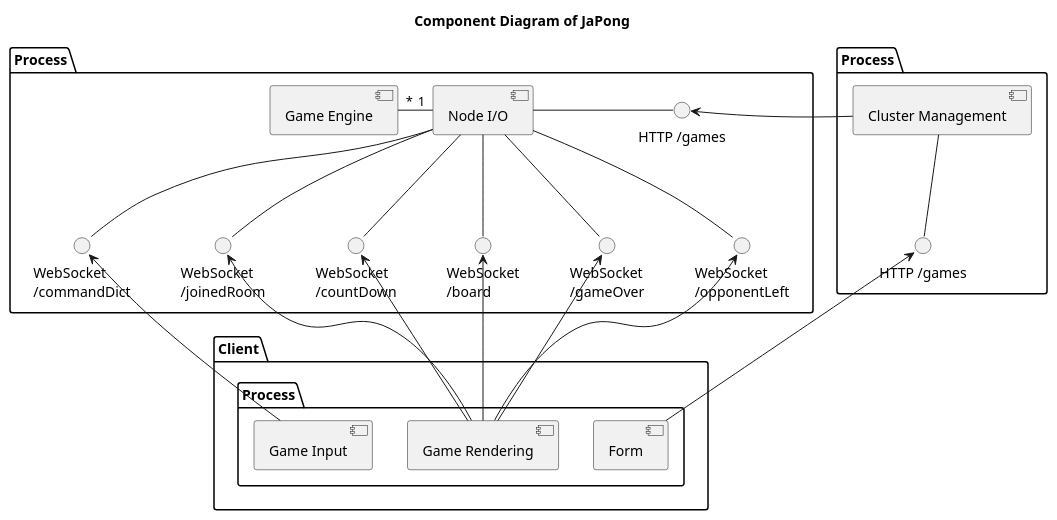
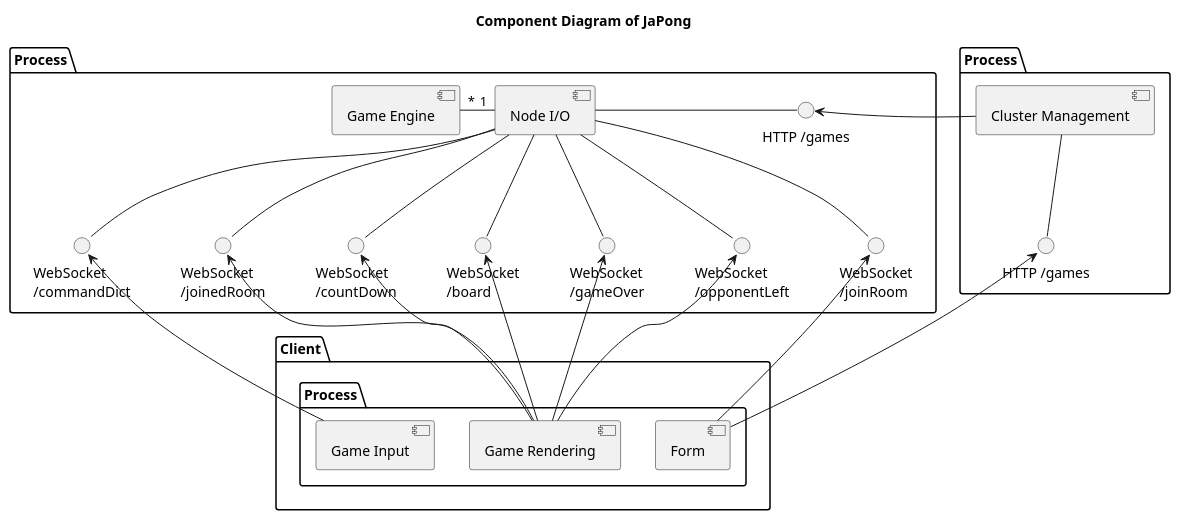
The diagram in uml/component.plantuml (uztbt/japong-design), drawn with PlantUML before and after one commit. The commit also changed 2 other files, not shown here.

Commit message:
Add the joinRoom endpoint

```diff
--- a/uml/component.plantuml
+++ b/uml/component.plantuml
@@ -1,42 +1,45 @@
 @startuml
 
 title "Component Diagram of JaPong"
 
 folder "Process" as gameManagementProcess {
     [Game Engine]
     [Game Engine] "*" - "1" [Node I/O]
     interface "HTTP /games" as NodeIOIF
     [Node I/O] - NodeIOIF
     interface "WebSocket\n/commandDict" as GameCommandDictIF
     [Node I/O] -- GameCommandDictIF
     interface "WebSocket\n/opponentLeft" as OpponentLeftIF
     [Node I/O] -- OpponentLeftIF
     interface "WebSocket\n/gameOver" as GameOverIF
     [Node I/O] -- GameOverIF
     interface "WebSocket\n/board" as GameBoardIF
     [Node I/O] -- GameBoardIF
     interface "WebSocket\n/countDown" as CountDownIF
     [Node I/O] -- CountDownIF
     interface "WebSocket\n/joinedRoom" as JoinedRoomIF
     [Node I/O] -- JoinedRoomIF
+    interface "WebSocket\n/joinRoom" as JoinRoomIF
+    [Node I/O] -- JoinRoomIF
 }
 folder "Process" as roomManagementProcess {
     [Cluster Management]
     interface "HTTP /games" as ClusterManagementIF
     [Cluster Management] -- ClusterManagementIF
     NodeIOIF <- [Cluster Management]
 }
 
 package Client {
     folder "Process" as clientProcess {
         [Form] -up-> ClusterManagementIF
+        [Form] -up-> JoinRoomIF
         [Game Rendering] -up-> OpponentLeftIF
         [Game Rendering] -up-> GameOverIF
         [Game Rendering] -up-> GameBoardIF
         [Game Rendering] -up-> CountDownIF
         [Game Rendering] -up-> JoinedRoomIF
         [Game Input] -up-> GameCommandDictIF
     }
 }
 
 @enduml
```
